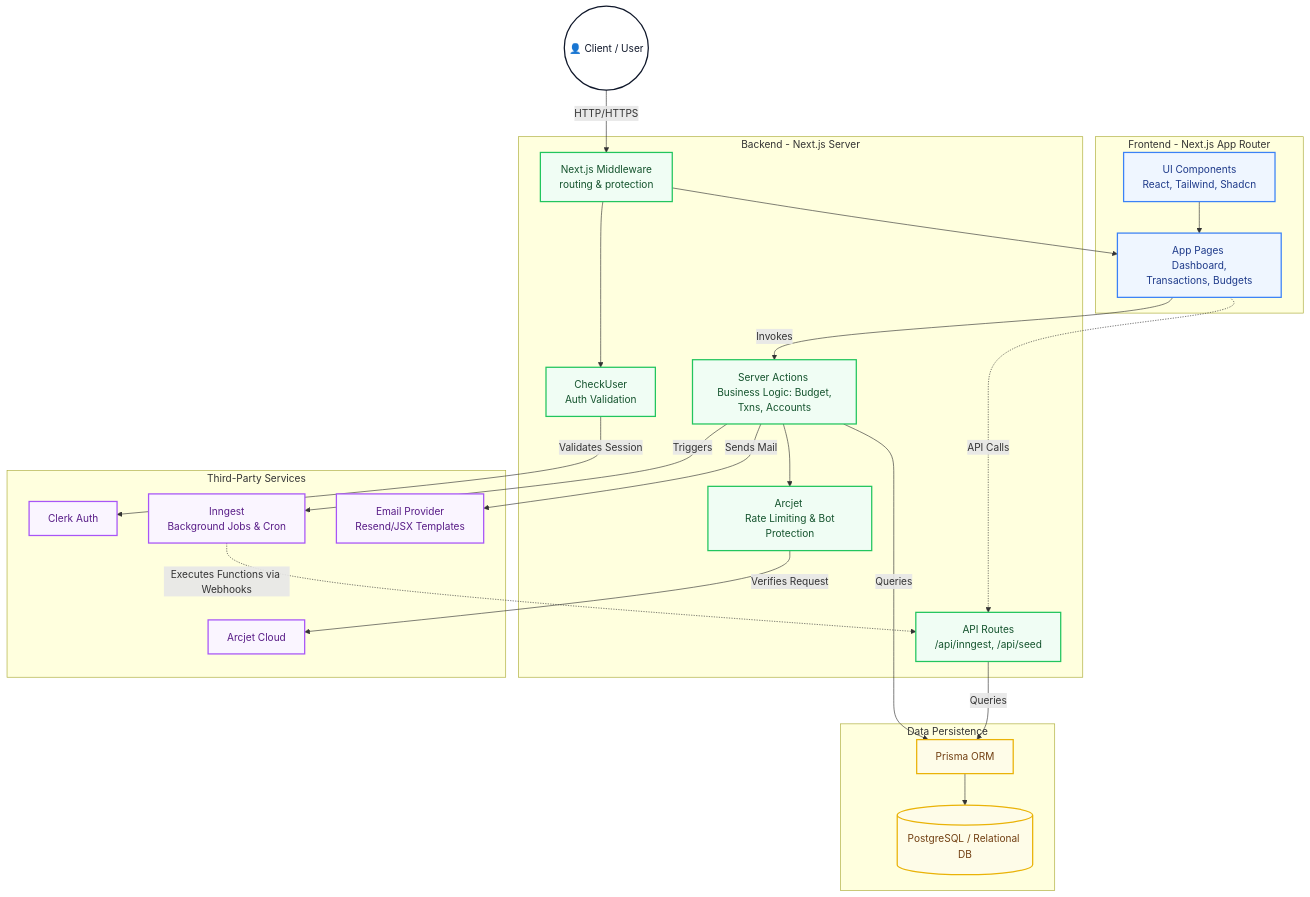
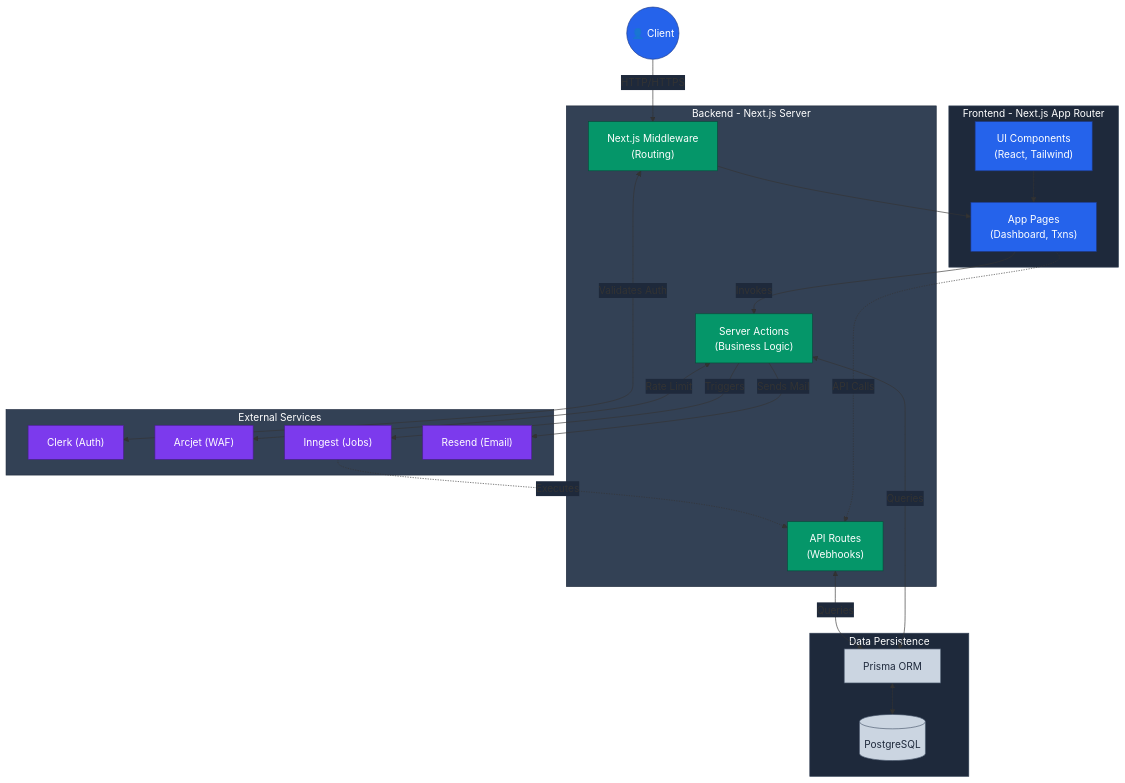
The first of 2 diagrams in README.md (shreedharkb/FinOS), drawn with Mermaid before and after one commit. The commit also changed other lines of this file, not shown here.

Commit message:
docs: update README architecture diagram and add environment variable and documentation references

````diff
--- a/README.md
+++ b/README.md
@@ -42,63 +42,60 @@
 ```mermaid
-graph TD
+%%{init: {'themeVariables': { 'edgeLabelBackground':'#1e293b'}}}%%
+flowchart TD
     %% Define Styles
-    classDef user fill:#ffffff,stroke:#0f172a,stroke-width:2px,color:#0f172a;
-    classDef frontend fill:#eff6ff,stroke:#3b82f6,stroke-width:2px,color:#1e3a8a;
-    classDef backend fill:#f0fdf4,stroke:#22c55e,stroke-width:2px,color:#14532d;
-    classDef database fill:#fefce8,stroke:#eab308,stroke-width:2px,color:#713f12;
-    classDef external fill:#faf5ff,stroke:#a855f7,stroke-width:2px,color:#581c87;
+    classDef user fill:#2563eb,stroke:#1e3a8a,color:#fff
+    classDef frontend fill:#2563eb,stroke:#1e3a8a,color:#fff
+    classDef backend fill:#059669,stroke:#064e3b,color:#fff
+    classDef database fill:#cbd5e1,stroke:#475569,color:#1e293b
+    classDef external fill:#7c3aed,stroke:#4c1d95,color:#fff
 
-    %% Client/User
-    User(("👤 Client / User")):::user
+    User(("👤 Client")):::user
 
-    %% Frontend Subgraph
     subgraph Frontend ["Frontend - Next.js App Router"]
-        UI["UI Components <br/> React, Tailwind, Shadcn"]:::frontend
-        Pages["App Pages <br/> Dashboard, Transactions, Budgets"]:::frontend
+        UI["UI Components<br>(React, Tailwind)"]:::frontend
+        Pages["App Pages<br>(Dashboard, Txns)"]:::frontend
         UI --> Pages
     end
 
-    %% Backend Subgraph
     subgraph Backend ["Backend - Next.js Server"]
-        Middleware["Next.js Middleware <br/> routing & protection"]:::backend
-        AuthCheck["CheckUser <br/> Auth Validation"]:::backend
-        ServerActions["Server Actions <br/> Business Logic: Budget, Txns, Accounts"]:::backend
-        API_Routes["API Routes <br/> /api/inngest, /api/seed"]:::backend
-        Security["Arcjet <br/> Rate Limiting & Bot Protection"]:::backend
-        
-        Middleware --> AuthCheck
-        ServerActions --> Security
+        Middleware["Next.js Middleware<br>(Routing)"]:::backend
+        ServerActions["Server Actions<br>(Business Logic)"]:::backend
+        APIRoutes["API Routes<br>(Webhooks)"]:::backend
     end
 
-    %% Database Subgraph
     subgraph DB_Layer ["Data Persistence"]
         Prisma["Prisma ORM"]:::database
-        DB[("PostgreSQL / Relational DB")]:::database
-        Prisma --> DB
+        DB[("PostgreSQL")]:::database
+        Prisma <--> DB
     end
 
-    %% External Services Subgraph
-    subgraph External_Services ["Third-Party Services"]
-        Clerk["Clerk Auth"]:::external
-        Inngest["Inngest <br/> Background Jobs & Cron"]:::external
-        Resend["Email Provider <br/> Resend/JSX Templates"]:::external
-        ArcjetCloud["Arcjet Cloud"]:::external
+    subgraph External ["External Services"]
+        Clerk["Clerk (Auth)"]:::external
+        Arcjet["Arcjet (WAF)"]:::external
+        Inngest["Inngest (Jobs)"]:::external
+        Resend["Resend (Email)"]:::external
     end
 
-    %% Interconnections
+    %% Connections
     User -->|HTTP/HTTPS| Middleware
     Middleware --> Pages
     Pages -->|Invokes| ServerActions
-    Pages -.->|API Calls| API_Routes
+    Pages -.->|API Calls| APIRoutes
     
-    AuthCheck -->|Validates Session| Clerk
-    Security -->|Verifies Request| ArcjetCloud
+    Middleware <-->|Validates Auth| Clerk
+    ServerActions <-->|Rate Limit| Arcjet
     
-    ServerActions -->|Queries| Prisma
-    API_Routes -->|Queries| Prisma
+    ServerActions <-->|Queries| Prisma
+    APIRoutes <-->|Queries| Prisma
     
     ServerActions -->|Triggers| Inngest
-    Inngest -.->|Executes Functions via Webhooks| API_Routes
+    Inngest -.->|Executes| APIRoutes
     
     ServerActions -->|Sends Mail| Resend
+
+    %% Subgraph Styles
+    style Frontend fill:#1e293b,stroke:#334155,color:#fff
+    style Backend fill:#334155,stroke:#1e293b,color:#fff
+    style DB_Layer fill:#1e293b,stroke:#334155,color:#fff
+    style External fill:#334155,stroke:#1e293b,color:#fff
 ```
````
